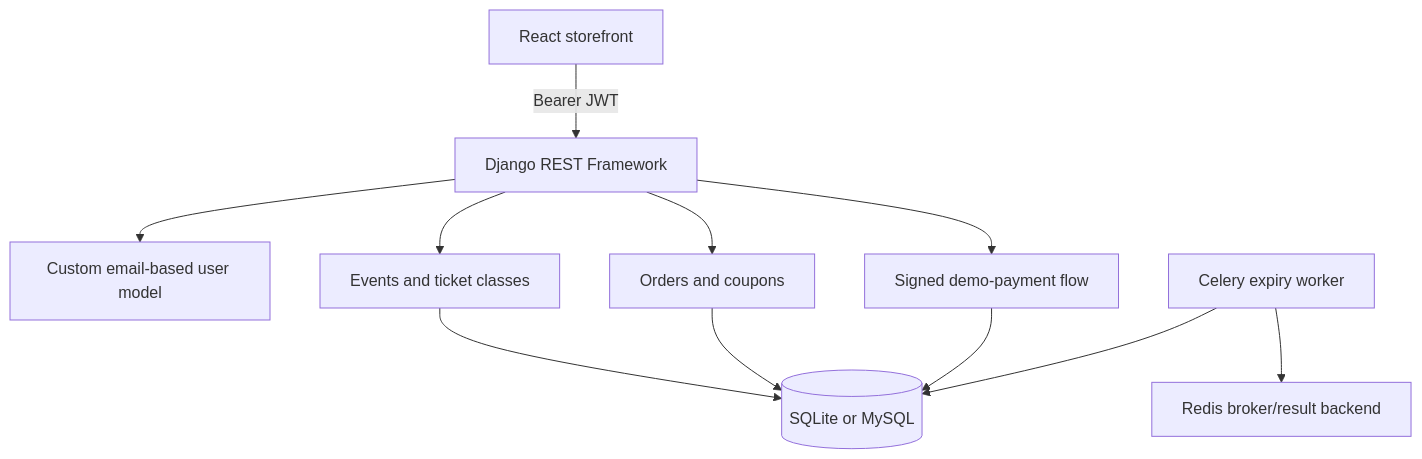
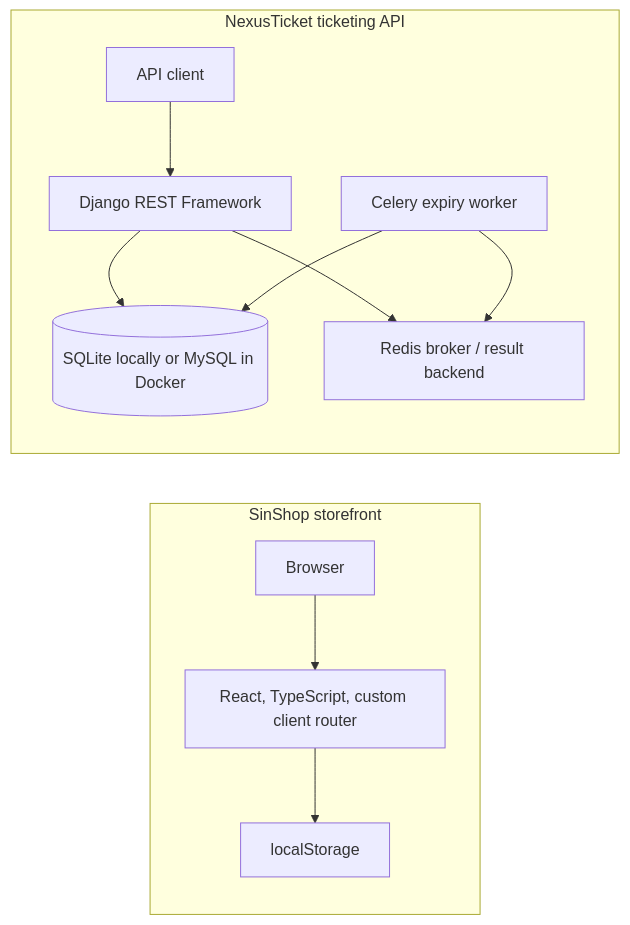
The diagram in docs/ARCHITECTURE.md (sinajokarr/NexusTicket), drawn with Mermaid before and after one commit. The commit also changed other lines of this file and 44 other files, not shown here.

Commit message:
feat: add SinShop storefront and documentation

````diff
--- a/docs/ARCHITECTURE.md
+++ b/docs/ARCHITECTURE.md
@@ -7,13 +12,15 @@
 ```mermaid
-flowchart TD
-  Browser[React storefront] -->|Bearer JWT| DRF[Django REST Framework]
-  DRF --> Auth[Custom email-based user model]
-  DRF --> Events[Events and ticket classes]
-  DRF --> Orders[Orders and coupons]
-  DRF --> Payments[Signed demo-payment flow]
-  Events --> Database[(SQLite or MySQL)]
-  Orders --> Database
-  Payments --> Database
-  Celery[Celery expiry worker] --> Redis[Redis broker/result backend]
-  Celery --> Database
+flowchart LR
+  subgraph Storefront[SinShop storefront]
+    Browser[Browser] --> React[React, TypeScript, custom client router]
+    React --> Storage[localStorage]
+  end
+
+  subgraph API[NexusTicket ticketing API]
+    Client[API client] --> DRF[Django REST Framework]
+    DRF --> Database[(SQLite locally or MySQL in Docker)]
+    DRF --> Redis[Redis broker / result backend]
+    Worker[Celery expiry worker] --> Redis
+    Worker --> Database
+  end
 ```
````
